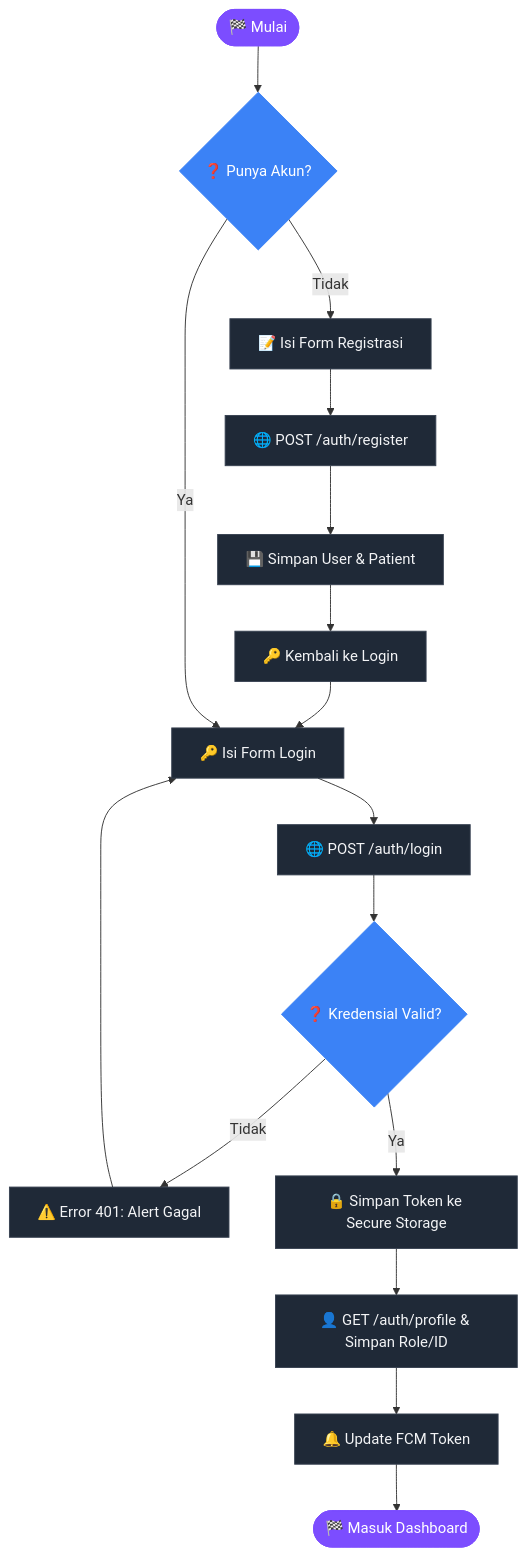
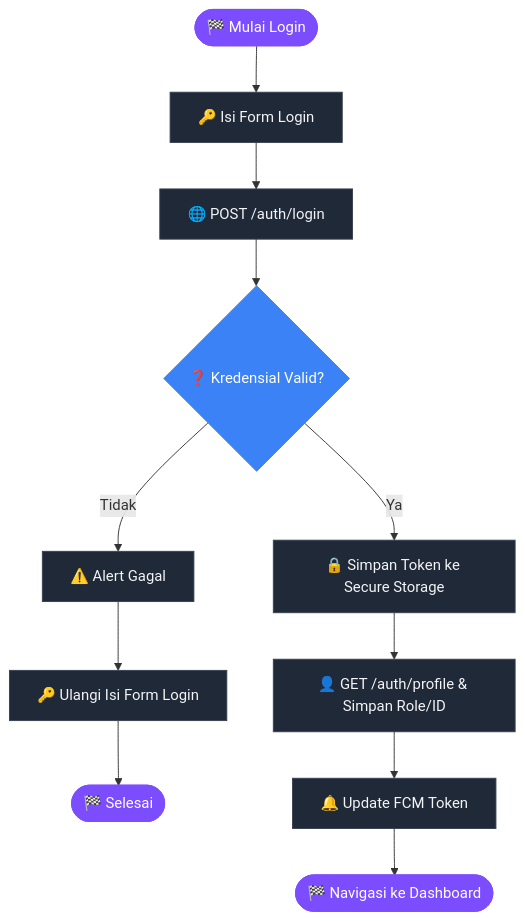
Before and after one commit to Rezi14/NalaSeva-Mobile-Test: the second of 10 diagrams in dokumentasi/ALUR_BISNIS.md, drawn with Mermaid. The commit also changed other lines of this file, not shown here.

````diff
--- a/dokumentasi/ALUR_BISNIS.md
+++ b/dokumentasi/ALUR_BISNIS.md
@@ -23,23 +36,16 @@
 ```mermaid
 flowchart TD
     classDef default fill:#1f2937,stroke:#374151,stroke-width:1px,color:#f3f4f6;
     classDef startEnd fill:#7c4dff,stroke:#7c4dff,color:#fff;
     classDef decision fill:#3b82f6,stroke:#3b82f6,color:#fff;
 
-    Start([🏁 Mulai]):::startEnd --> PunyaAkun{❓ Punya Akun?}:::decision
-    
-    PunyaAkun -- Tidak --> RegForm[📝 Isi Form Registrasi]
-    RegForm --> RegAPI[🌐 POST /auth/register]
-    RegAPI --> DBTrans[💾 Simpan User & Patient]
-    DBTrans --> TokenGen[🔑 Kembali ke Login] -->LoginForm
-    
-    PunyaAkun -- Ya --> LoginForm[🔑 Isi Form Login]
+    Start([🏁 Mulai Login]):::startEnd --> LoginForm[🔑 Isi Form Login]
     LoginForm --> LoginAPI[🌐 POST /auth/login]
     LoginAPI --> ValidCheck{❓ Kredensial Valid?}:::decision
     
-    ValidCheck -- Tidak --> ErrorDlg[⚠️ Error 401: Alert Gagal] --> LoginForm
+    ValidCheck -- Tidak --> ErrorDlg[⚠️ Alert Gagal] --> RetryLoginForm[🔑 Ulangi Isi Form Login] --> EndFail([🏁 Selesai]):::startEnd
     ValidCheck -- Ya --> SaveToken[🔒 Simpan Token ke Secure Storage]
     SaveToken --> GetProfile[👤 GET /auth/profile & Simpan Role/ID]
     GetProfile --> SyncFCM[🔔 Update FCM Token]
-    SyncFCM --> Done([🏁 Masuk Dashboard]):::startEnd
+    SyncFCM --> Done([🏁 Navigasi ke Dashboard]):::startEnd
 ```
````
